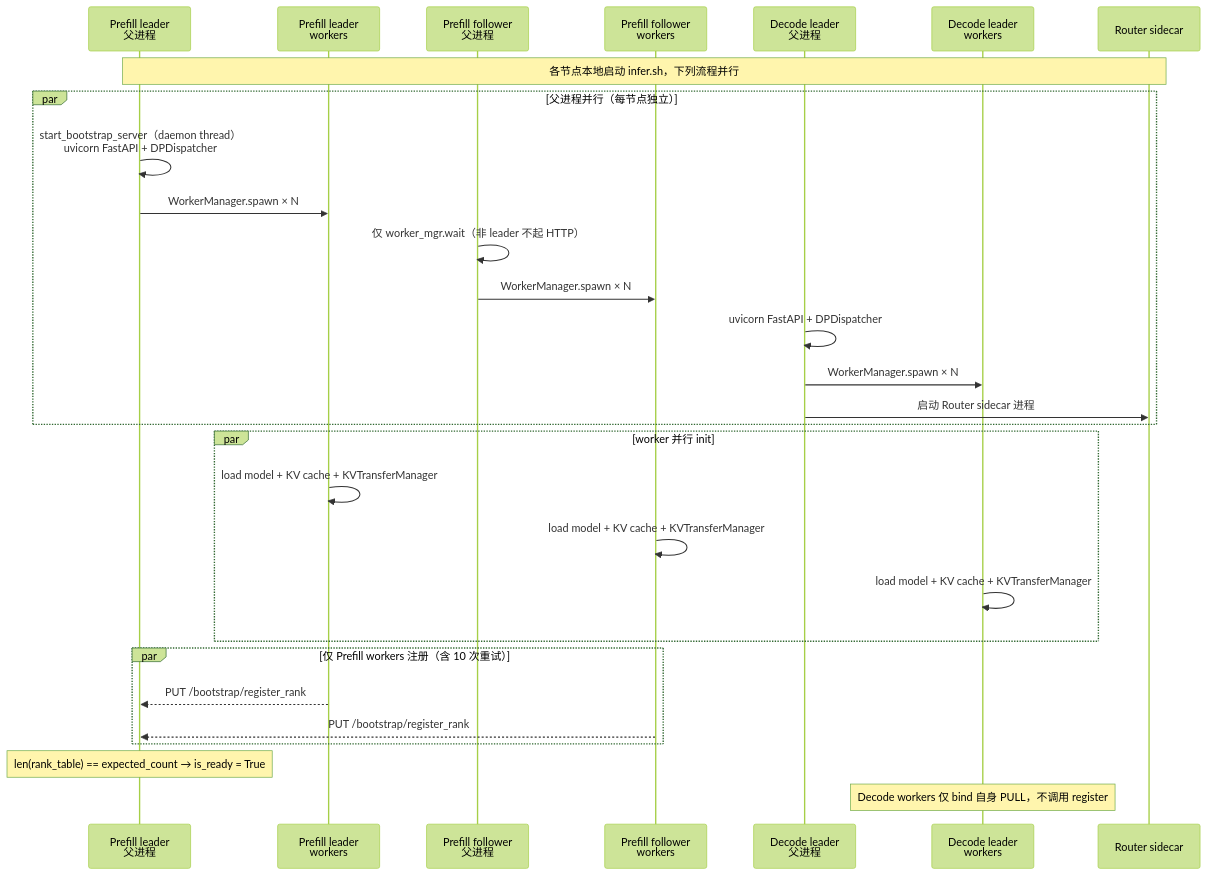
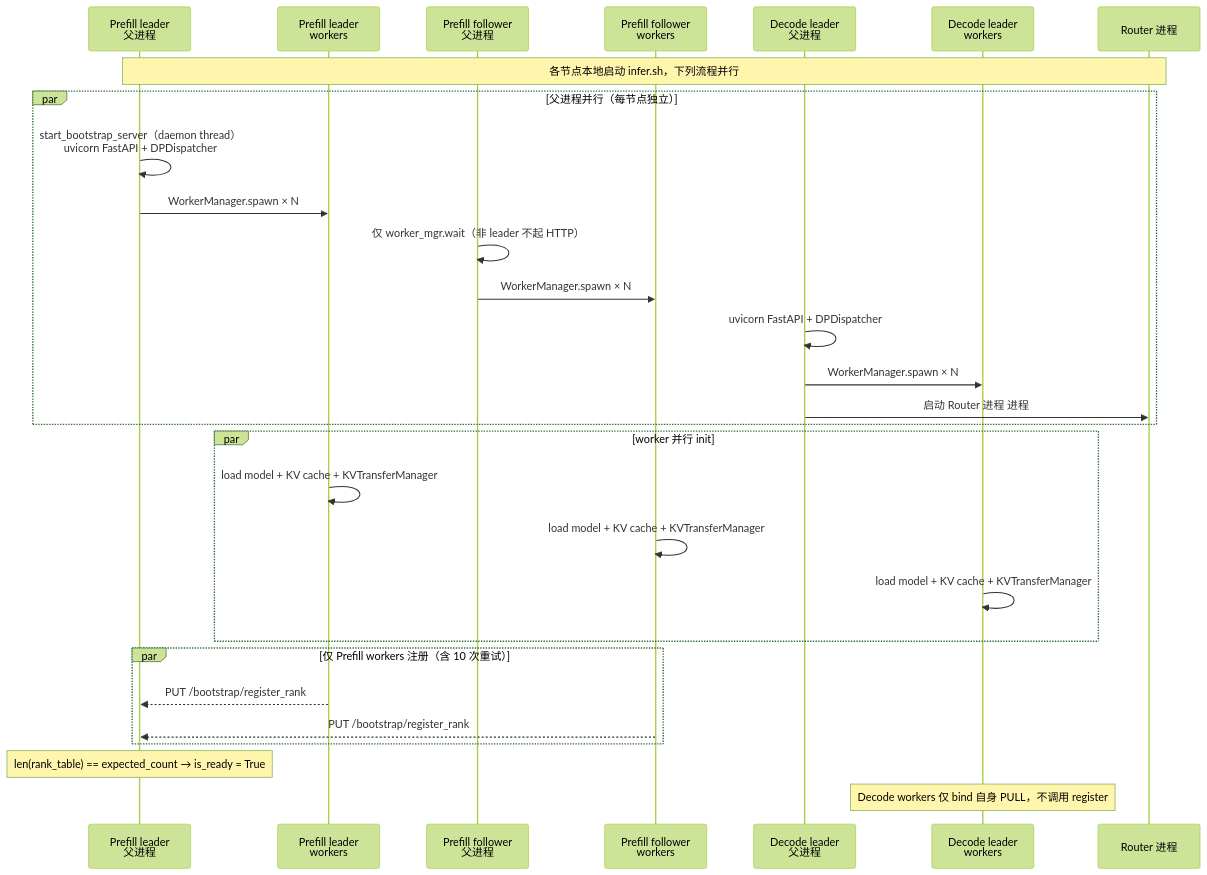
The second of 6 diagrams in docs/design/online_inference_design.md (hicann/cann-recipes-infer), drawn with Mermaid (forest theme) before and after one commit. The commit also changed other lines of this file and 1 other file, not shown here.

````diff
--- a/docs/design/online_inference_design.md
+++ b/docs/design/online_inference_design.md
@@ -115,36 +115,36 @@
 ```mermaid
 sequenceDiagram
     participant N0 as Prefill leader<br/>父进程
     participant W0 as Prefill leader<br/>workers
     participant N1 as Prefill follower<br/>父进程
     participant W1 as Prefill follower<br/>workers
     participant ND as Decode leader<br/>父进程
     participant WD as Decode leader<br/>workers
-    participant R as Router sidecar
+    participant R as Router 进程
 
     Note over N0,R: 各节点本地启动 infer.sh，下列流程并行
 
     par 父进程并行（每节点独立）
         N0->>N0: start_bootstrap_server（daemon thread）<br/>uvicorn FastAPI + DPDispatcher
         N0->>W0: WorkerManager.spawn × N
         N1->>N1: 仅 worker_mgr.wait（非 leader 不起 HTTP）
         N1->>W1: WorkerManager.spawn × N
         ND->>ND: uvicorn FastAPI + DPDispatcher
         ND->>WD: WorkerManager.spawn × N
-        ND->>R: 启动 Router sidecar 进程
+        ND->>R: 启动 Router 进程 进程
     end
 
     par worker 并行 init
         W0->>W0: load model + KV cache + KVTransferManager
         W1->>W1: load model + KV cache + KVTransferManager
         WD->>WD: load model + KV cache + KVTransferManager
     end
 
     par 仅 Prefill workers 注册（含 10 次重试）
         W0-->>N0: PUT /bootstrap/register_rank
         W1-->>N0: PUT /bootstrap/register_rank
     end
 
     Note over N0: len(rank_table) == expected_count → is_ready = True
     Note over WD: Decode workers 仅 bind 自身 PULL，不调用 register
 ```
````
